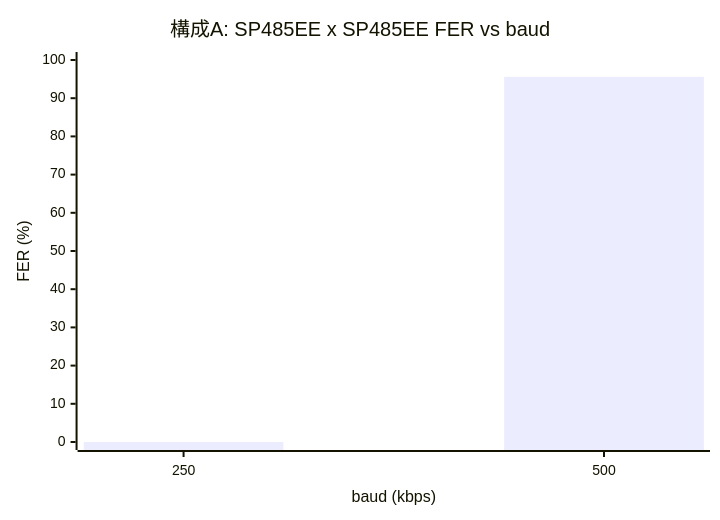
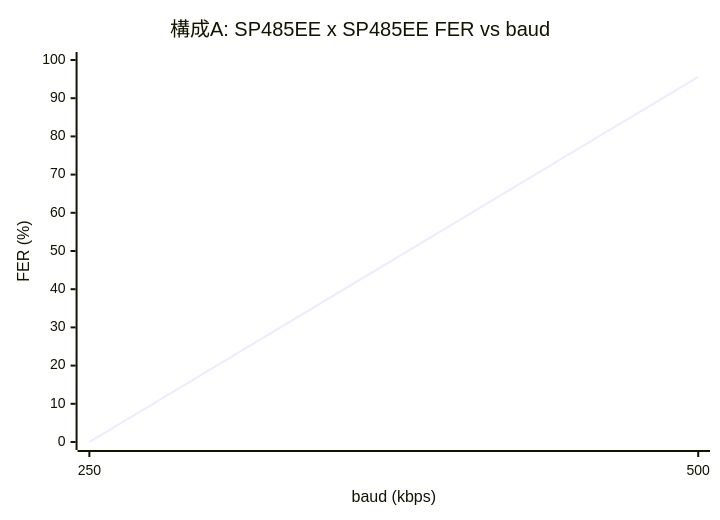
Before and after one commit to uecken/RS485_1Mbaud_test: the first of 5 diagrams in doc/202604092200_RS485-baudrate-eval-results.md, drawn with Mermaid. The commit also changed other lines of this file, not shown here.

First line of the commit message:
doc: change baud-vs-FER charts from bar to line (continuous x-axis)

````diff
--- a/doc/202604092200_RS485-baudrate-eval-results.md
+++ b/doc/202604092200_RS485-baudrate-eval-results.md
@@ -43,7 +43,7 @@
 ```mermaid
 xychart-beta
     title "構成A: SP485EE x SP485EE FER vs baud"
     x-axis "baud (kbps)" [250, 500]
     y-axis "FER (%)" 0 --> 100
-    bar [0, 95.6]
+    line [0, 95.6]
 ```
````
